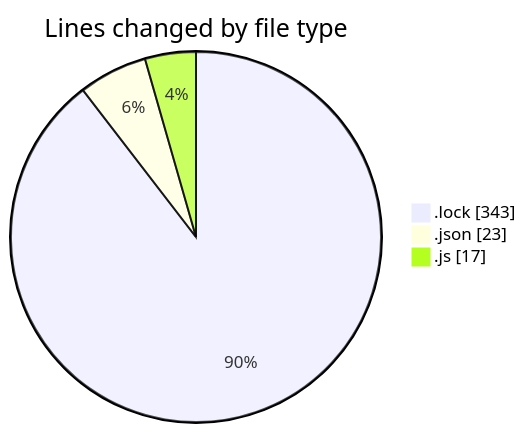
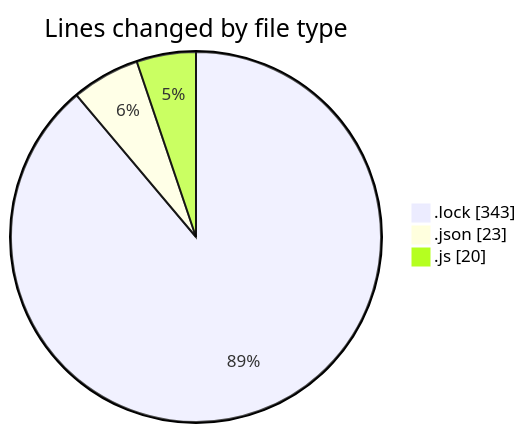
One commit to momahboobian/code-tracking changed the first of 2 diagrams in 2025-01-30/cda/README.md. Above: the diagram before and after it, drawn with Mermaid. The commit also changed other lines of this file and 1 other file, not shown here.

````diff
--- a/2025-01-30/cda/README.md
+++ b/2025-01-30/cda/README.md
@@ -22,7 +22,7 @@
 ```mermaid
 pie showData
 title Lines changed by file type
 ".lock" : 343
 ".json" : 23
-".js" : 17
+".js" : 20
 ```
````
